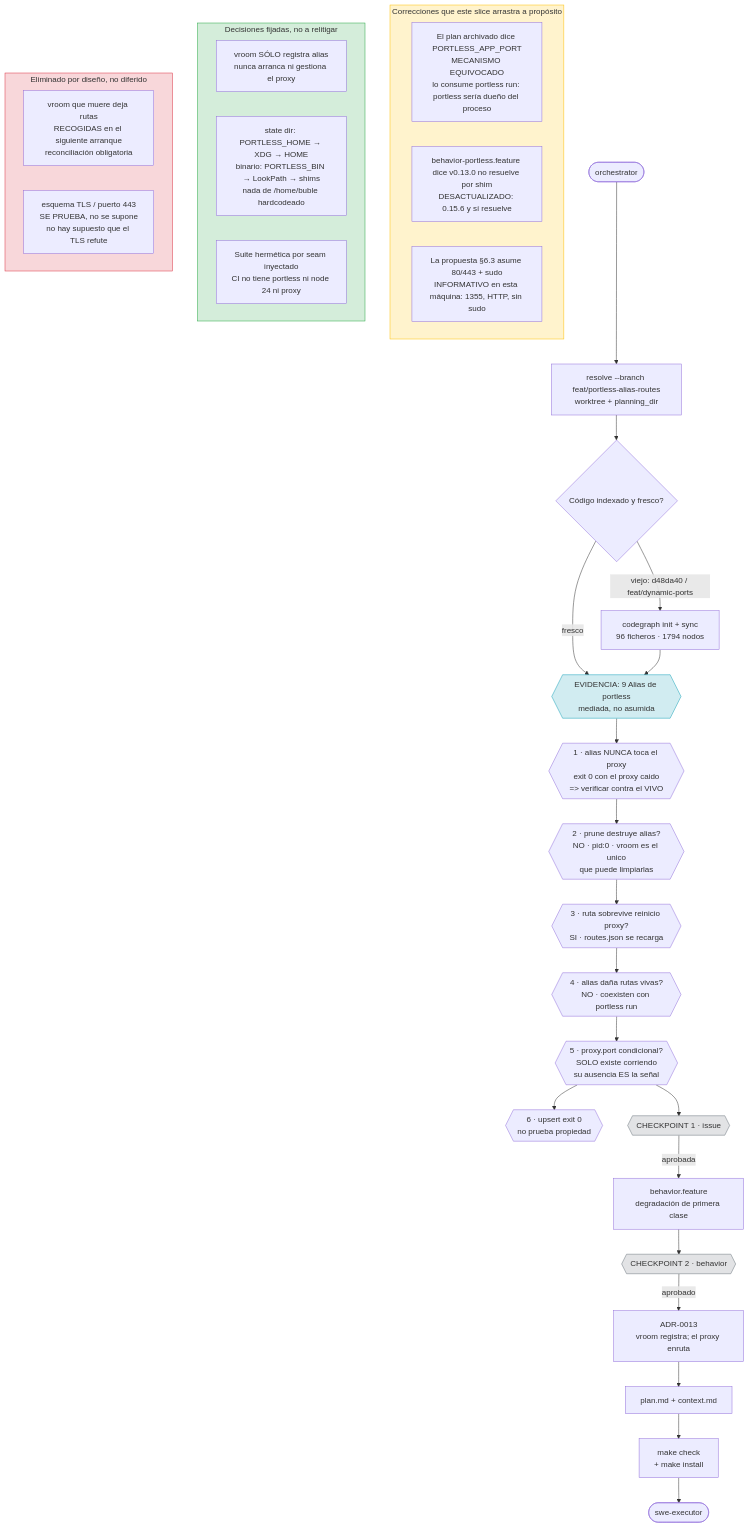
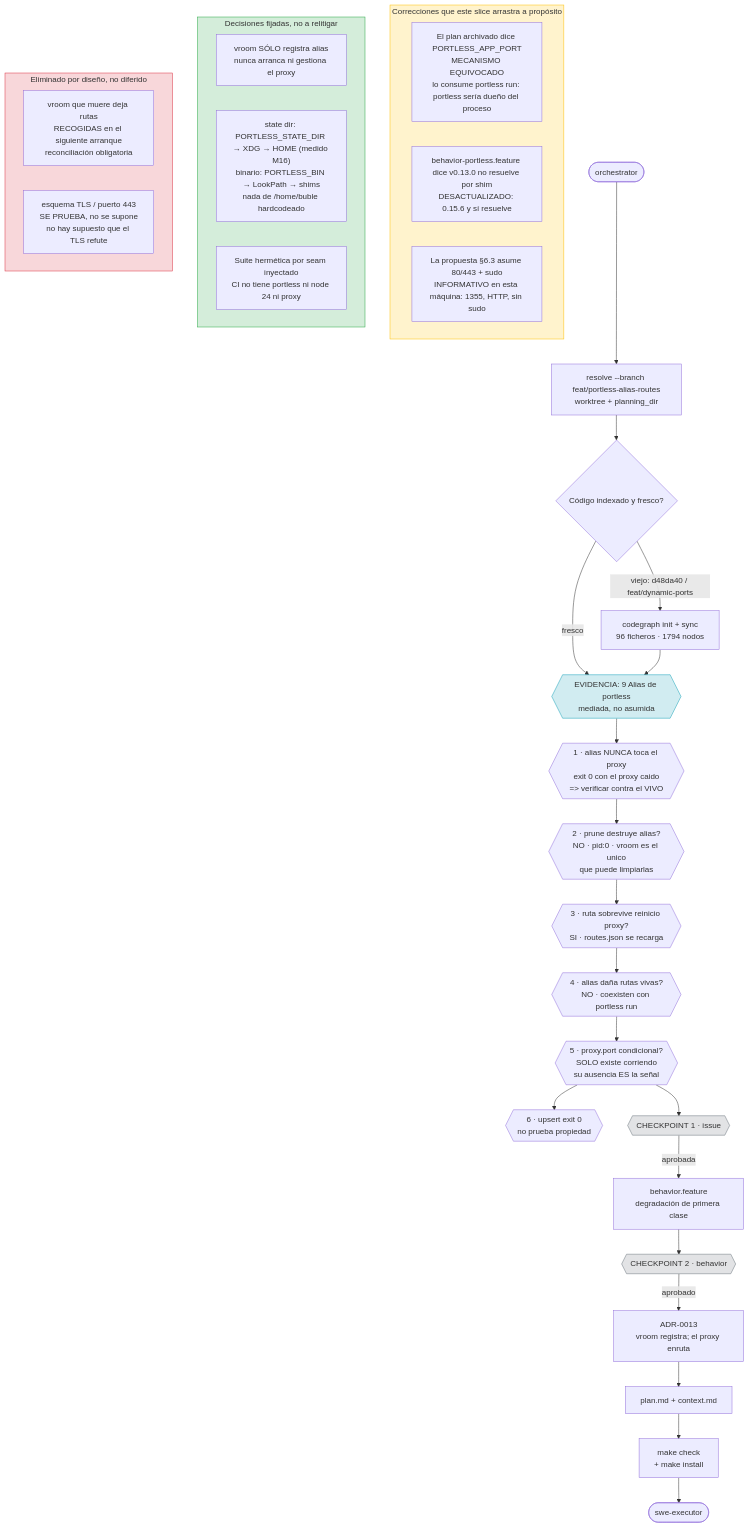
Before and after one commit to Sovengar/vroom: the diagram in docs/planning/0001-feature-portless-alias-routes/diagrams/process-flow.md, drawn with Mermaid. The commit also changed 4 other files, not shown here.

````diff
--- a/docs/planning/0001-feature-portless-alias-routes/diagrams/process-flow.md
+++ b/docs/planning/0001-feature-portless-alias-routes/diagrams/process-flow.md
@@ -5,50 +5,50 @@
 ```mermaid
 flowchart TD
     S([orchestrator]) --> R["resolve --branch feat/portless-alias-routes<br/>worktree + planning_dir"]
 
     R --> IDX{Código indexado y fresco?}
     IDX -->|viejo: d48da40 / feat/dynamic-ports| CG["codegraph init + sync<br/>96 ficheros · 1794 nodos"]
     IDX -->|fresco| EV
     CG --> EV{{"EVIDENCIA: 9 Alias de portless<br/>mediada, no asumida"}}
 
     EV --> F1{{"1 · alias NUNCA toca el proxy<br/>exit 0 con el proxy caido<br/>=> verificar contra el VIVO"}}
     F1 --> F2{{"2 · prune destruye alias?<br/>NO · pid:0 · vroom es el unico<br/>que puede limpiarlas"}}
     F2 --> F3{{"3 · ruta sobrevive reinicio proxy?<br/>SI · routes.json se recarga"}}
     F3 --> F4{{"4 · alias daña rutas vivas?<br/>NO · coexisten con portless run"}}
     F4 --> F5{{"5 · proxy.port condicional?<br/>SOLO existe corriendo<br/>su ausencia ES la señal"}}
     F5 --> F6{{"6 · upsert exit 0<br/>no prueba propiedad"}}
 
     F5 --> CP1{{"CHECKPOINT 1 · issue"}}
     CP1 -->|aprobada| B
 
     B["behavior.feature<br/>degradación de primera clase"] --> CP2{{"CHECKPOINT 2 · behavior"}}
     CP2 -->|aprobado| ADR
 
     ADR["ADR-0013<br/>vroom registra; el proxy enruta"] --> PL["plan.md + context.md"]
     PL --> VER["make check<br/>+ make install"]
     VER --> EX([swe-executor])
 
     subgraph CORR["Correcciones que este slice arrastra a propósito"]
       C1["El plan archivado dice PORTLESS_APP_PORT<br/>MECANISMO EQUIVOCADO<br/>lo consume portless run: portless sería dueño del proceso"]
       C2["behavior-portless.feature dice v0.13.0 no resuelve por shim<br/>DESACTUALIZADO: 0.15.6 y sí resuelve"]
       C3["La propuesta §6.3 asume 80/443 + sudo<br/>INFORMATIVO en esta máquina: 1355, HTTP, sin sudo"]
     end
 
     subgraph DEC["Decisiones fijadas, no a relitigar"]
       D1["vroom SÓLO registra alias<br/>nunca arranca ni gestiona el proxy"]
-      D2["state dir: PORTLESS_HOME → XDG → HOME<br/>binario: PORTLESS_BIN → LookPath → shims<br/>nada de /home/buble hardcodeado"]
+      D2["state dir: PORTLESS_STATE_DIR → XDG → HOME (medido M16)<br/>binario: PORTLESS_BIN → LookPath → shims<br/>nada de /home/buble hardcodeado"]
       D3["Suite hermética por seam inyectado<br/>CI no tiene portless ni node 24 ni proxy"]
     end
 
     subgraph LIMIT["Eliminado por diseño, no diferido"]
       L1["vroom que muere deja rutas<br/>RECOGIDAS en el siguiente arranque<br/>reconciliación obligatoria"]
       L2["esquema TLS / puerto 443<br/>SE PRUEBA, no se supone<br/>no hay supuesto que el TLS refute"]
     end
 
     style EV fill:#d1ecf1,stroke:#17a2b8
     style LIMIT fill:#f8d7da,stroke:#dc3545
     style CORR fill:#fff3cd,stroke:#ffc107
     style DEC fill:#d4edda,stroke:#28a745
     style CP1 fill:#e2e3e5,stroke:#6c757d
     style CP2 fill:#e2e3e5,stroke:#6c757d
 ```
````
